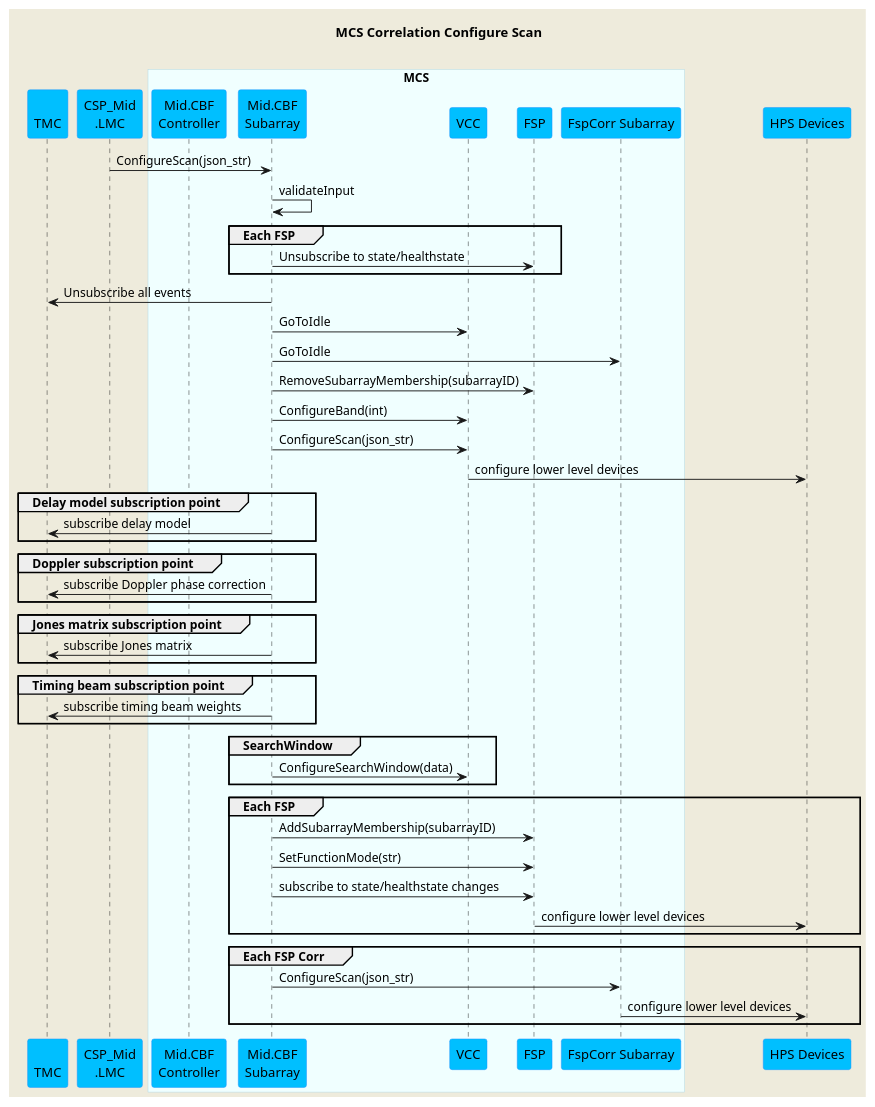
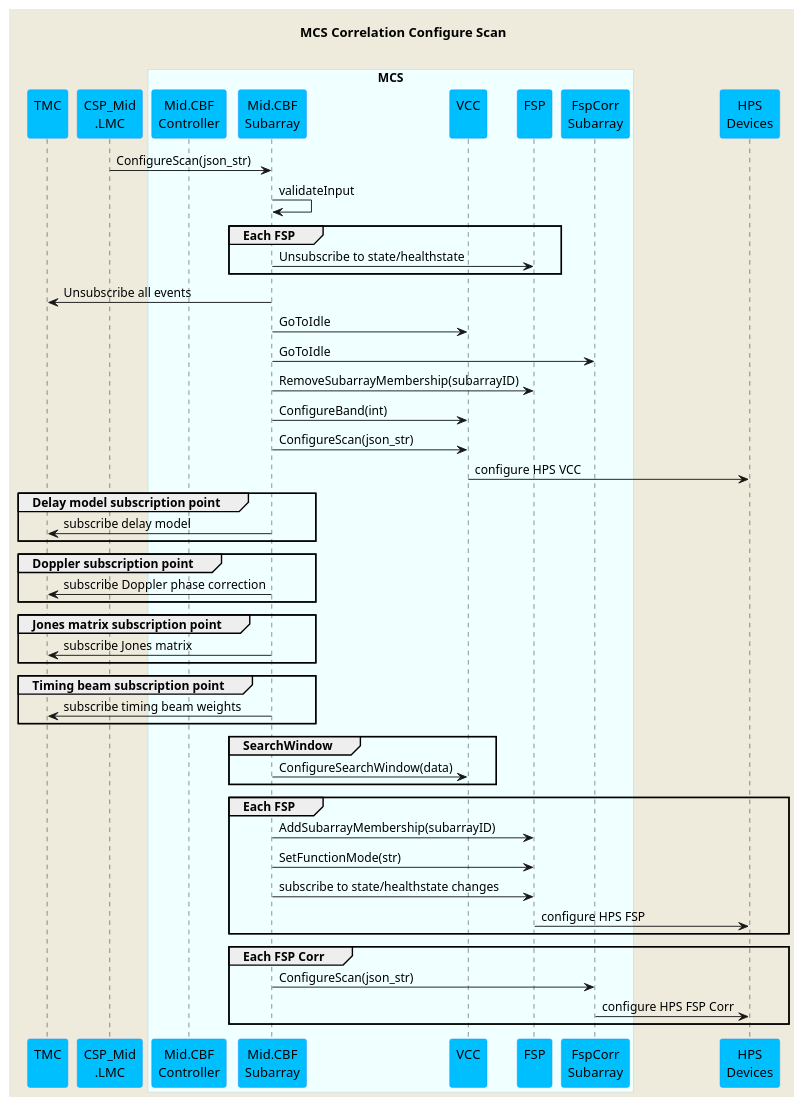
The diagram in docs/src/diagrams/configure-corr-scan-mcs.puml (ska-telescope/mid-cbf-mcs), drawn with PlantUML before and after one commit. The commit also changed 7 other files, not shown here.

Commit message:
CIP-1612 Improve clarity of sequence diagrams

```diff
--- a/docs/src/diagrams/configure-corr-scan-mcs.puml
+++ b/docs/src/diagrams/configure-corr-scan-mcs.puml
@@ -1,76 +1,76 @@
 @startuml
 'https://plantuml.com/sequence-diagram
 
 skinparam backgroundColor #EEEBDC
 skinparam sequence {
 ParticipantBorderColor DodgerBlue
 ParticipantBackgroundColor DeepSkyBlue
 ActorBorderColor DarkGreen
 ActorBackgroundColor Green
 BoxBorderColor LightBlue
 BoxBackgroundColor #F0FFFF
 }
 
 title MCS Correlation Configure Scan\n
 
-participant "\nTMC" as tmc
+participant "TMC\n" as tmc
 participant "CSP_Mid\n.LMC" as lmc
 
 box "MCS"
 participant "Mid.CBF\nController" as controller
 participant "Mid.CBF\nSubarray" as subarray
-participant "VCC" as vcc
-participant "FSP" as fsp
-participant "FspCorr Subarray" as fspcorr
+participant "VCC\n" as vcc
+participant "FSP\n" as fsp
+participant "FspCorr\nSubarray" as fspcorr
 end box
 
-participant "HPS Devices" as hps
+participant "HPS\nDevices" as hps
 
 lmc         -> subarray     : ConfigureScan(json_str)
 subarray    -> subarray     : validateInput
 
 group Each FSP
 subarray    -> fsp          : Unsubscribe to state/healthstate
 end group
 
 subarray    -> tmc          : Unsubscribe all events
 subarray    -> vcc          : GoToIdle
 subarray    -> fspcorr      : GoToIdle
 subarray    -> fsp          : RemoveSubarrayMembership(subarrayID)
 subarray    -> vcc          : ConfigureBand(int)
 subarray    -> vcc          : ConfigureScan(json_str)
-vcc         -> hps          : configure lower level devices
+vcc         -> hps          : configure HPS VCC
 
 group Delay model subscription point
 subarray    -> tmc          : subscribe delay model
 end group
 
 group Doppler subscription point
 subarray    -> tmc          : subscribe Doppler phase correction
 end group
 
 group Jones matrix subscription point
 subarray    -> tmc          : subscribe Jones matrix
 end group
 
 group Timing beam subscription point
 subarray    -> tmc          : subscribe timing beam weights
 end group
 
 group SearchWindow
 subarray    ->vcc           : ConfigureSearchWindow(data)
 end group
 
 group Each FSP
 subarray    -> fsp          : AddSubarrayMembership(subarrayID)
 subarray    -> fsp          : SetFunctionMode(str)
 subarray    -> fsp          : subscribe to state/healthstate changes
-fsp         -> hps          : configure lower level devices
+fsp         -> hps          : configure HPS FSP
 end group
 
 group Each FSP Corr
 subarray    -> fspcorr          : ConfigureScan(json_str)
-fspcorr         -> hps          : configure lower level devices
+fspcorr         -> hps          : configure HPS FSP Corr
 end group
 
 @enduml
```
